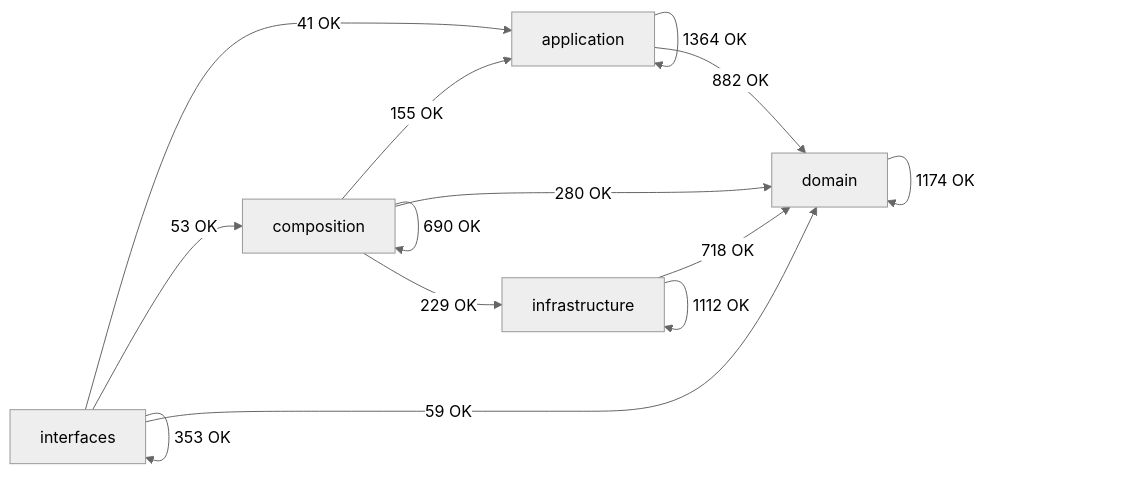
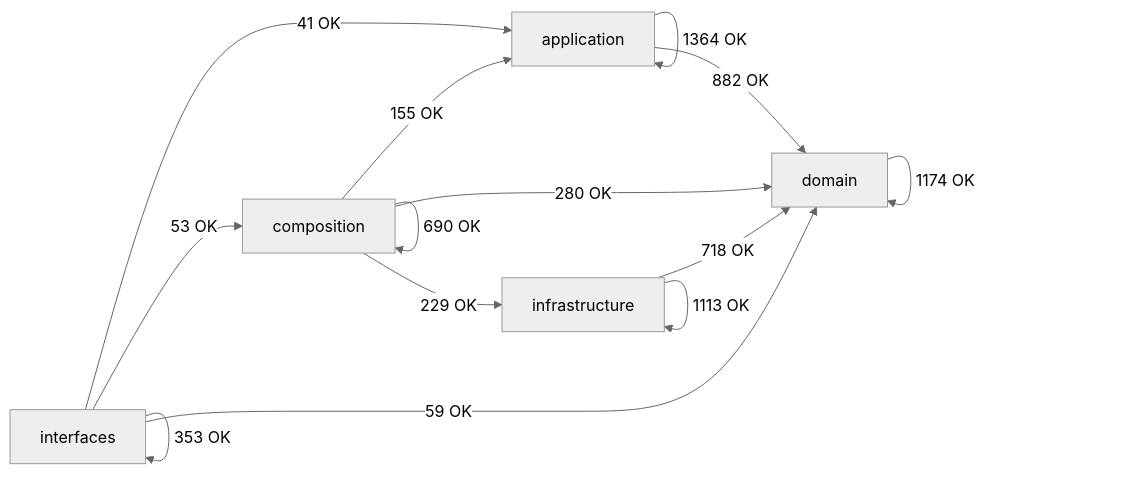
One commit to SatoryKono/BioactivityDataAcquisition changed the diagram in docs/02-architecture/generated/module-dependency-map.md. Above: the diagram before and after it, drawn with Mermaid (neutral theme). The commit also changed other lines of this file and 9 other files, not shown here.

````diff
--- a/docs/02-architecture/generated/module-dependency-map.md
+++ b/docs/02-architecture/generated/module-dependency-map.md
@@ -17,21 +17,21 @@
 ```mermaid
 flowchart LR
     domain[domain]
     application[application]
     infrastructure[infrastructure]
     composition[composition]
     interfaces[interfaces]
     application -->|1364 OK| application
     application -->|882 OK| domain
     composition -->|155 OK| application
     composition -->|690 OK| composition
     composition -->|280 OK| domain
     composition -->|229 OK| infrastructure
     domain -->|1174 OK| domain
     infrastructure -->|718 OK| domain
-    infrastructure -->|1112 OK| infrastructure
+    infrastructure -->|1113 OK| infrastructure
     interfaces -->|41 OK| application
     interfaces -->|53 OK| composition
     interfaces -->|59 OK| domain
     interfaces -->|353 OK| interfaces
 ```
````
